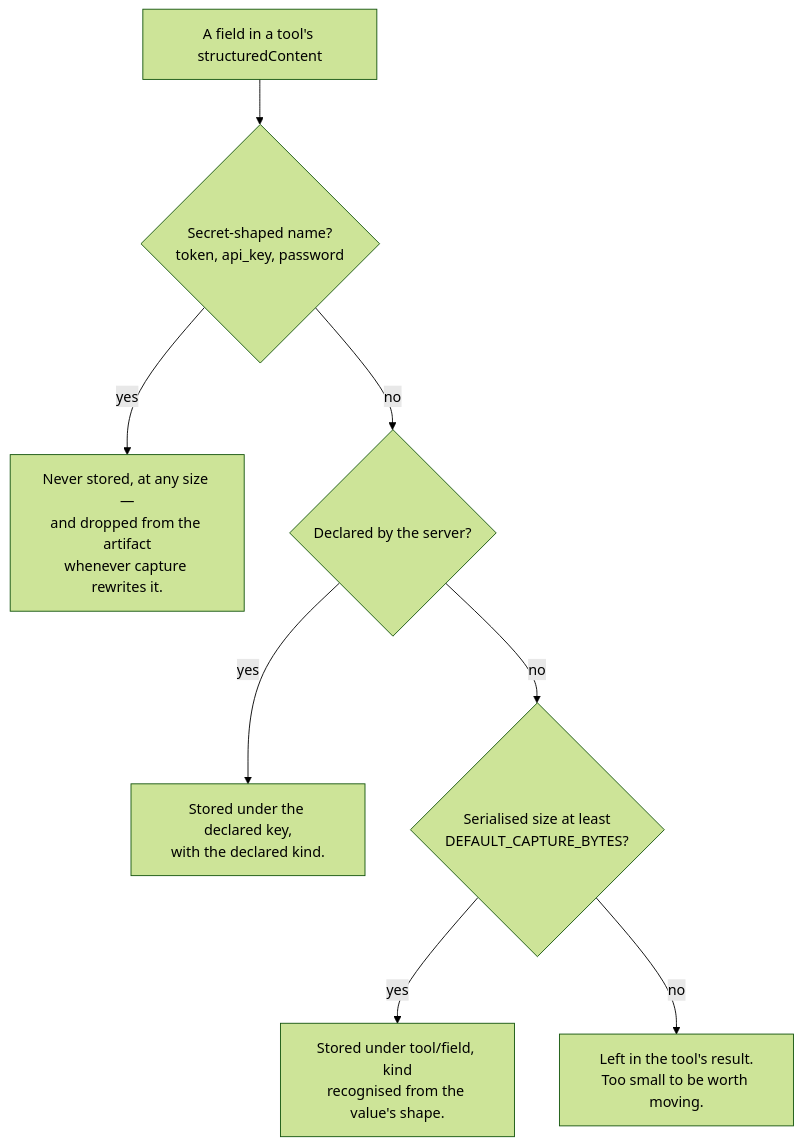
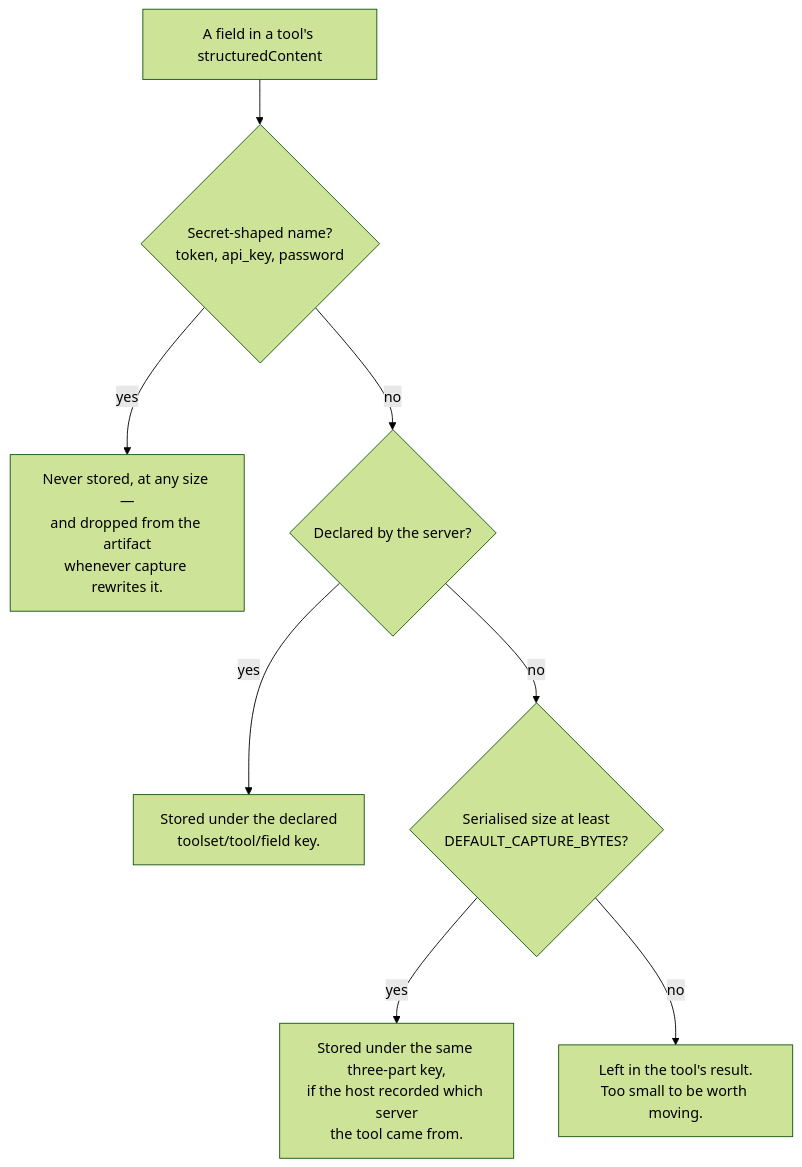
Before and after one commit to developmentseed/mcp-toolsets-runtime: the second of 2 diagrams in docs/SESSION-STATE.md, drawn with Mermaid (forest theme). The commit also changed other lines of this file and 55 other files, not shown here.

````diff
--- a/docs/SESSION-STATE.md
+++ b/docs/SESSION-STATE.md
@@ -225,13 +114,13 @@
 ```mermaid
 flowchart TD
     F["A field in a tool's structuredContent"] --> S{"Secret-shaped name?<br/>token, api_key, password"}
 
     S -->|yes| DROP["Never stored, at any size —<br/>and dropped from the artifact<br/>whenever capture rewrites it."]
     S -->|no| D{"Declared by the server?"}
 
-    D -->|yes| DECL["Stored under the declared key,<br/>with the declared kind."]
+    D -->|yes| DECL["Stored under the declared<br/>toolset/tool/field key."]
     D -->|no| Z{"Serialised size at least<br/>DEFAULT_CAPTURE_BYTES?"}
 
-    Z -->|yes| DET["Stored under tool/field, kind<br/>recognised from the value's shape."]
+    Z -->|yes| DET["Stored under the same three-part key,<br/>if the host recorded which server<br/>the tool came from."]
     Z -->|no| KEEP["Left in the tool's result.<br/>Too small to be worth moving."]
 ```
````
